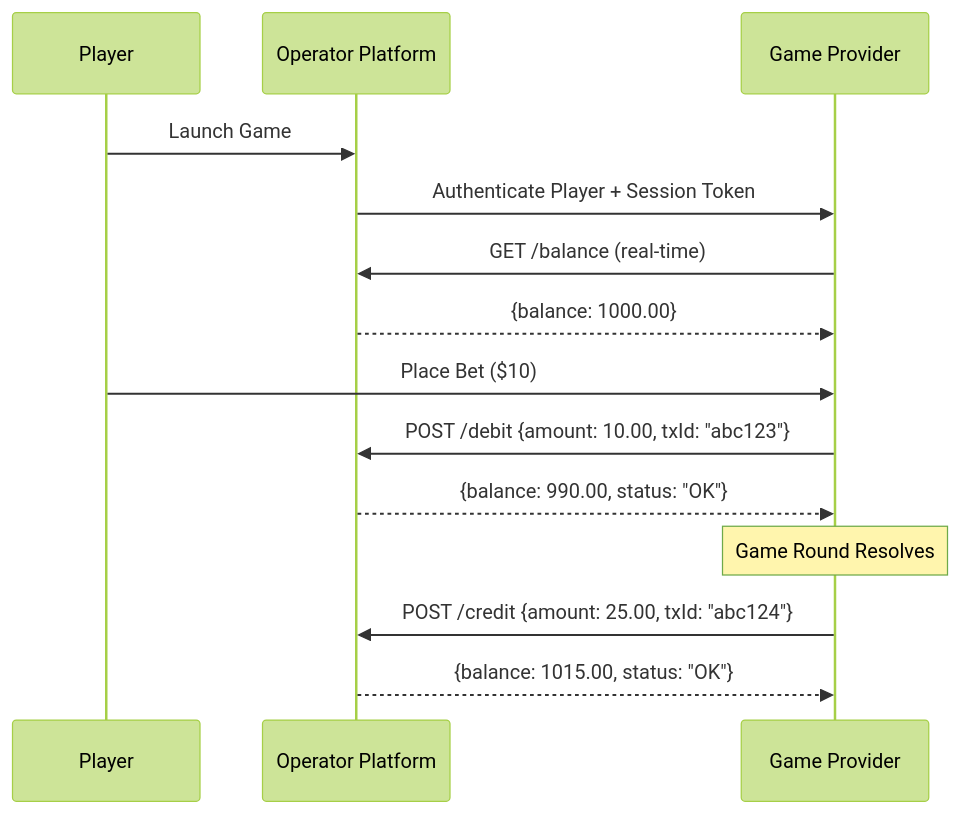
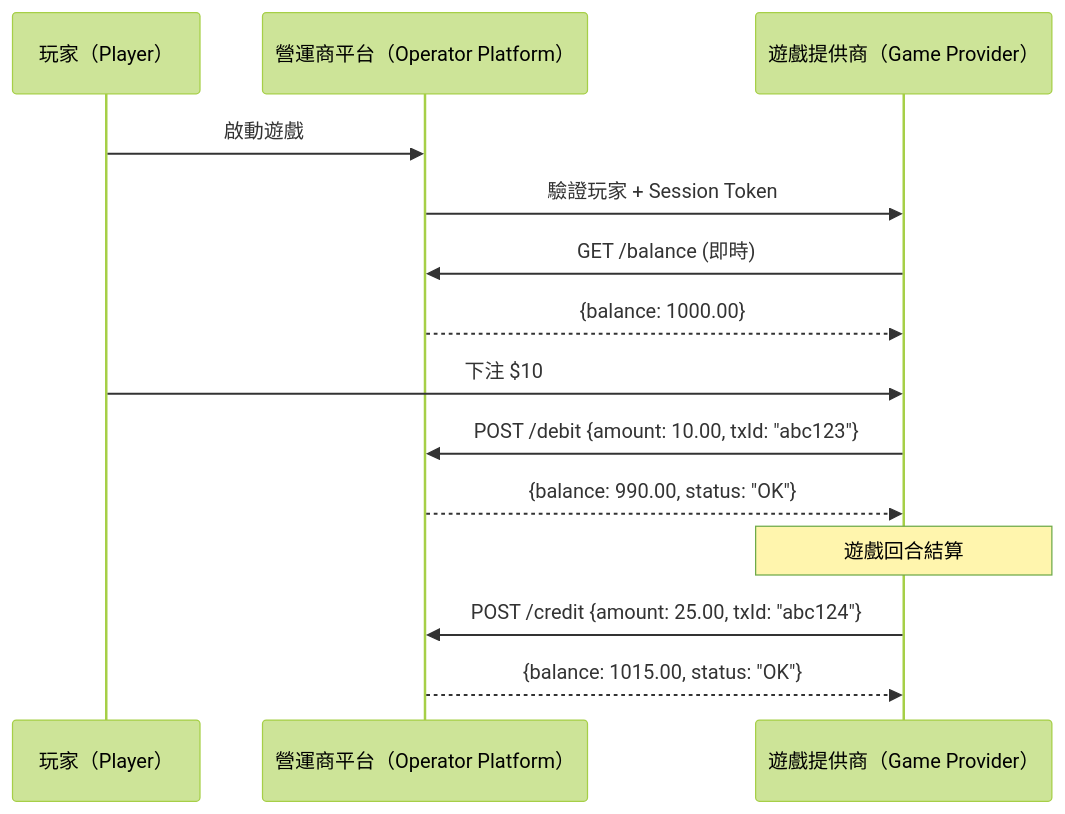
Before and after one commit to ron03wlb/smart-admin: the fourth of 12 diagrams in docs/iGaming/architecture/00_Overview/Platform_Architecture.md, drawn with Mermaid (forest theme). The commit also changed other lines of this file, not shown here.

First line of the commit message:
docs(iGaming): translate Platform_Architecture.md to Traditional Chinese

````diff
--- a/docs/iGaming/architecture/00_Overview/Platform_Architecture.md
+++ b/docs/iGaming/architecture/00_Overview/Platform_Architecture.md
@@ -254,17 +254,17 @@
 ```mermaid
 sequenceDiagram
-    participant P as Player
-    participant OP as Operator Platform
-    participant GP as Game Provider
+    participant P as 玩家（Player）
+    participant OP as 營運商平台（Operator Platform）
+    participant GP as 遊戲提供商（Game Provider）
 
-    P->>OP: Launch Game
-    OP->>GP: Authenticate Player + Session Token
-    GP->>OP: GET /balance (real-time)
+    P->>OP: 啟動遊戲
+    OP->>GP: 驗證玩家 + Session Token
+    GP->>OP: GET /balance (即時)
     OP-->>GP: {balance: 1000.00}
-    P->>GP: Place Bet ($10)
+    P->>GP: 下注 $10
     GP->>OP: POST /debit {amount: 10.00, txId: "abc123"}
     OP-->>GP: {balance: 990.00, status: "OK"}
-    Note over GP: Game Round Resolves
+    Note over GP: 遊戲回合結算
     GP->>OP: POST /credit {amount: 25.00, txId: "abc124"}
     OP-->>GP: {balance: 1015.00, status: "OK"}
 ```
````
